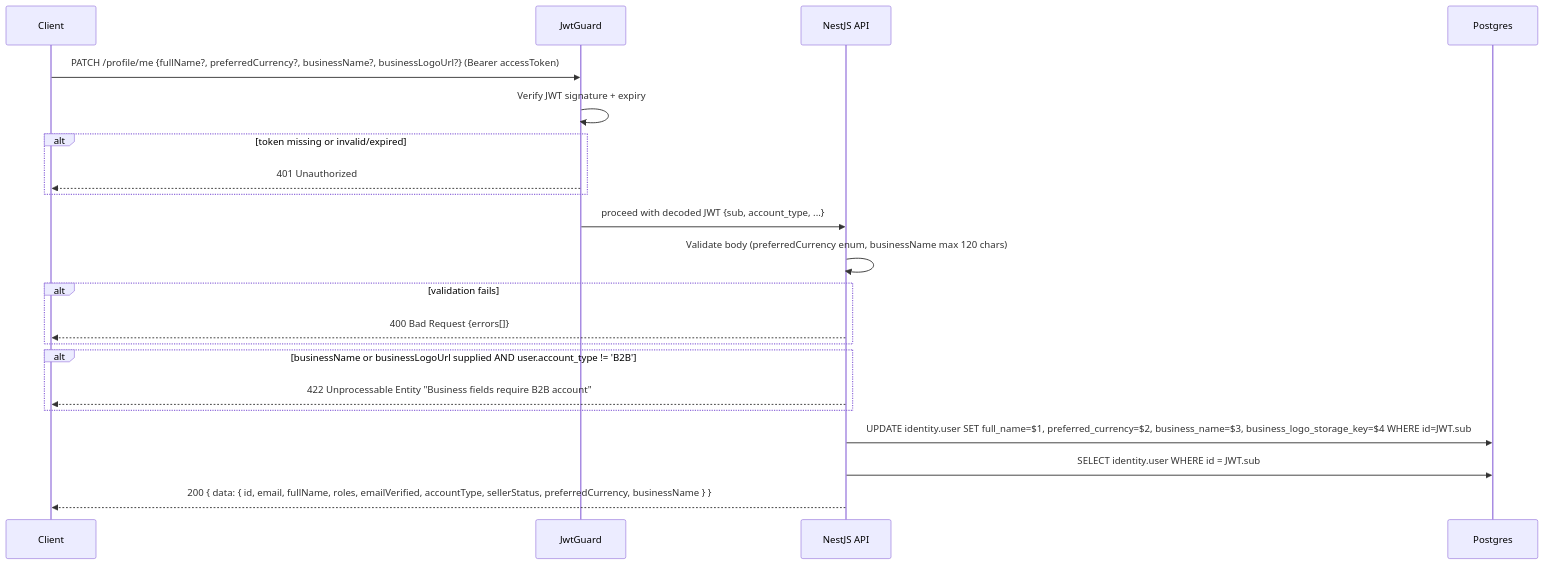
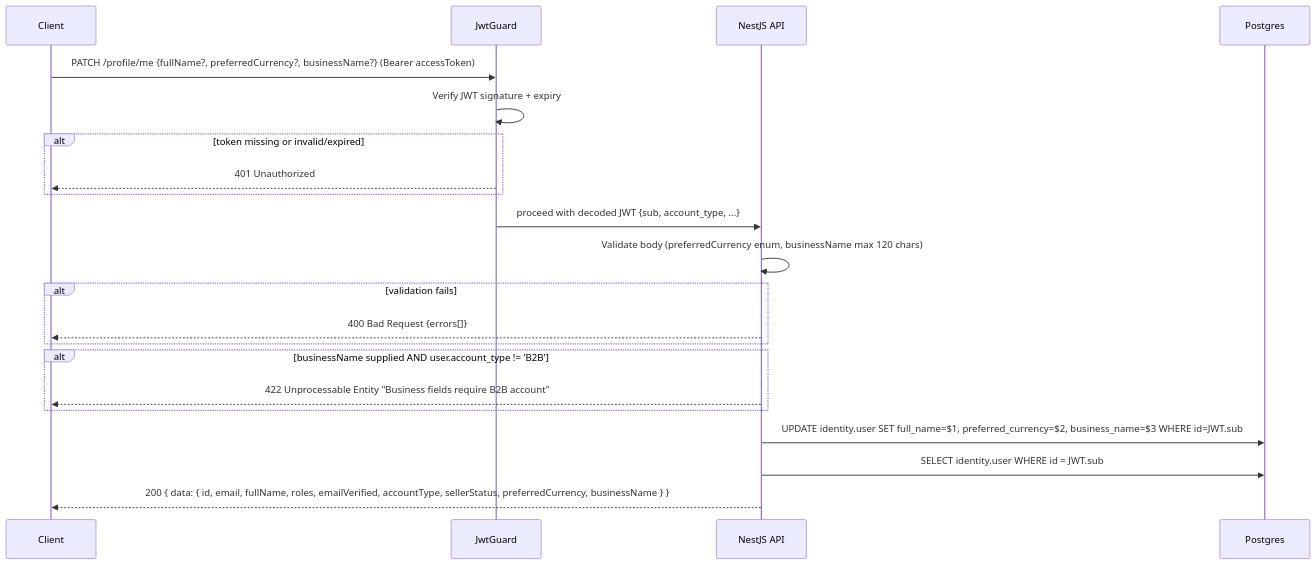
One commit to alisa-uthi/aliceut-ecom-document changed the second of 8 diagrams in phase-1/technical-design/api-design/profile.md. Above: the diagram before and after it, drawn with Mermaid. The commit also changed other lines of this file and 30 other files, not shown here.

````diff
--- a/phase-1/technical-design/api-design/profile.md
+++ b/phase-1/technical-design/api-design/profile.md
@@ -129,28 +128,28 @@
 ```mermaid
 sequenceDiagram
     participant C as Client
     participant G as JwtGuard
     participant A as NestJS API
     participant PG as Postgres
 
-    C->>G: PATCH /profile/me {fullName?, preferredCurrency?, businessName?, businessLogoUrl?} (Bearer accessToken)
+    C->>G: PATCH /profile/me {fullName?, preferredCurrency?, businessName?} (Bearer accessToken)
     G->>G: Verify JWT signature + expiry
     alt token missing or invalid/expired
         G-->>C: 401 Unauthorized
     end
     G->>A: proceed with decoded JWT {sub, account_type, ...}
 
     A->>A: Validate body (preferredCurrency enum, businessName max 120 chars)
     alt validation fails
         A-->>C: 400 Bad Request {errors[]}
     end
 
-    alt businessName or businessLogoUrl supplied AND user.account_type != 'B2B'
+    alt businessName supplied AND user.account_type != 'B2B'
         A-->>C: 422 Unprocessable Entity "Business fields require B2B account"
     end
 
-    A->>PG: UPDATE identity.user SET full_name=$1, preferred_currency=$2, business_name=$3, business_logo_storage_key=$4 WHERE id=JWT.sub
+    A->>PG: UPDATE identity.user SET full_name=$1, preferred_currency=$2, business_name=$3 WHERE id=JWT.sub
 
     A->>PG: SELECT identity.user WHERE id = JWT.sub
     A-->>C: 200 { data: { id, email, fullName, roles, emailVerified, accountType, sellerStatus, preferredCurrency, businessName } }
 ```
````
